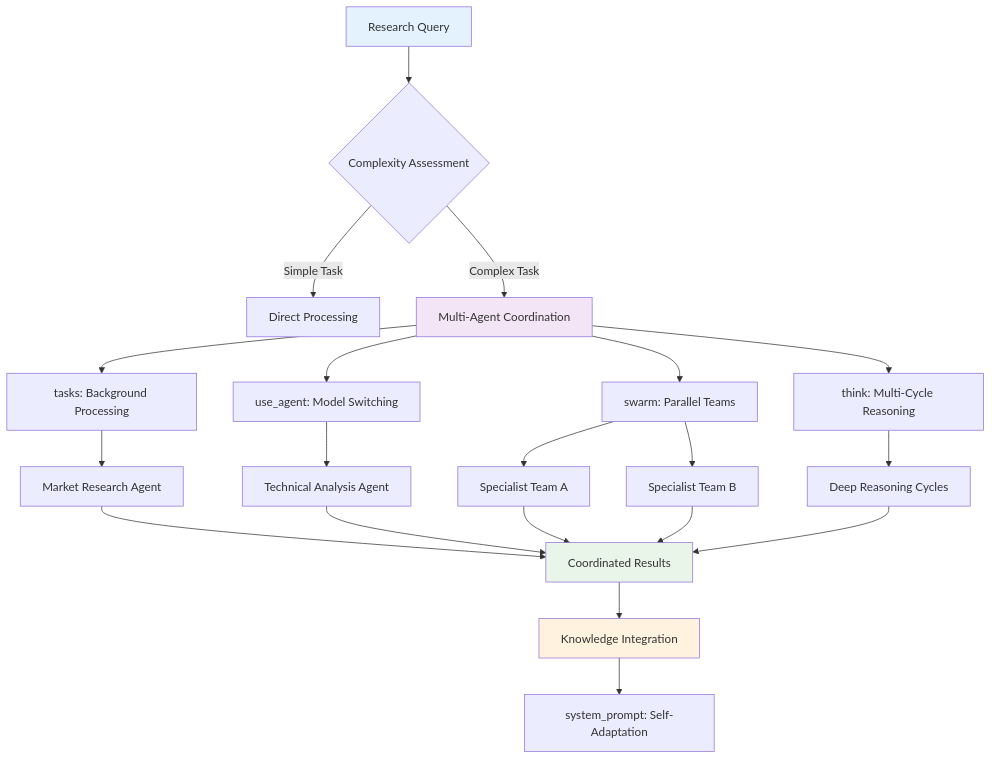
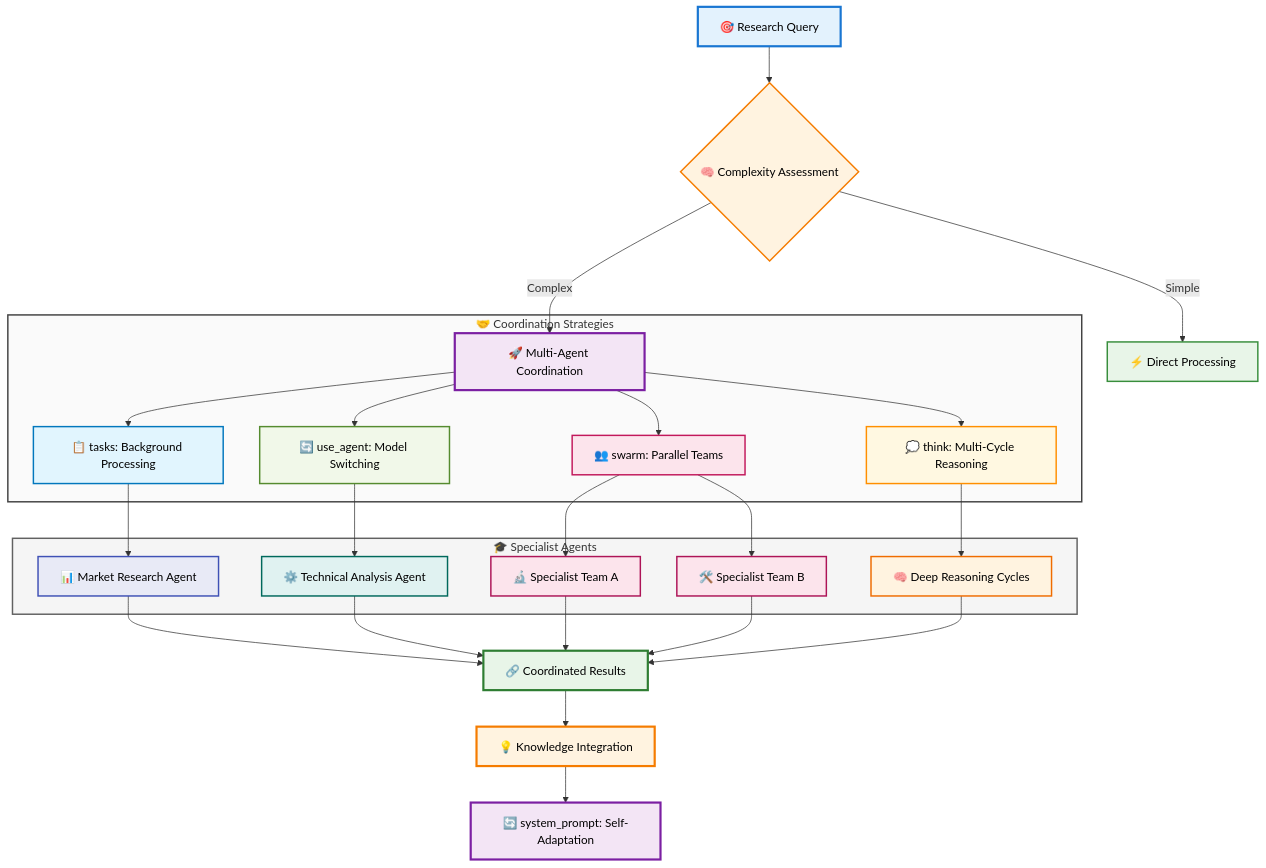
One commit to cagataycali/strands-research-agent changed the second of 7 diagrams in 02-samples/14-research-agent/README.md. Above: the diagram before and after it, drawn with Mermaid. The commit also changed other lines of this file, not shown here.

Commit message:
update readme for adding color coded mermaid diagrams

````diff
--- a/02-samples/14-research-agent/README.md
+++ b/02-samples/14-research-agent/README.md
@@ -142,32 +155,54 @@
 ```mermaid
 graph TD
-    A[Research Query] --> B{Complexity Assessment}
+    A["🎯 Research Query"] --> B{"🧠 Complexity Assessment"}
     
-    B -->|Simple Task| C[Direct Processing]
-    B -->|Complex Task| D[Multi-Agent Coordination]
+    B -->|"Simple"| C["⚡ Direct Processing"]
+    B -->|"Complex"| D["🚀 Multi-Agent Coordination"]
     
-    D --> E[tasks: Background Processing]
-    D --> F[use_agent: Model Switching]
-    D --> G[swarm: Parallel Teams]
-    D --> H[think: Multi-Cycle Reasoning]
+    subgraph COORDINATION["🤝 Coordination Strategies"]
+        D --> E["📋 tasks: Background Processing"]
+        D --> F["🔄 use_agent: Model Switching"]  
+        D --> G["👥 swarm: Parallel Teams"]
+        D --> H["💭 think: Multi-Cycle Reasoning"]
+    end
     
-    E --> I[Market Research Agent]
-    F --> J[Technical Analysis Agent]
-    G --> K[Specialist Team A]
-    G --> L[Specialist Team B]
-    H --> M[Deep Reasoning Cycles]
+    subgraph SPECIALISTS["🎓 Specialist Agents"]
+        E --> I["📊 Market Research Agent"]
+        F --> J["⚙️ Technical Analysis Agent"]
+        G --> K["🔬 Specialist Team A"]
+        G --> L["🛠️ Specialist Team B"]
+        H --> M["🧠 Deep Reasoning Cycles"]
+    end
     
-    I --> N[Coordinated Results]
+    I --> N["🔗 Coordinated Results"]
     J --> N
     K --> N
     L --> N
     M --> N
     
-    N --> O[Knowledge Integration]
-    O --> P[system_prompt: Self-Adaptation]
+    N --> O["💡 Knowledge Integration"]
+    O --> P["🔄 system_prompt: Self-Adaptation"]
     
-    style A fill:#e3f2fd
-    style D fill:#f3e5f5
-    style N fill:#e8f5e8
-    style O fill:#fff3e0
+    style A fill:#e3f2fd,stroke:#1976d2,stroke-width:3px,color:#000
+    style B fill:#fff3e0,stroke:#f57c00,stroke-width:2px,color:#000
+    style C fill:#e8f5e8,stroke:#388e3c,stroke-width:2px,color:#000
+    style D fill:#f3e5f5,stroke:#7b1fa2,stroke-width:3px,color:#000
+    
+    style E fill:#e1f5fe,stroke:#0277bd,stroke-width:2px,color:#000
+    style F fill:#f1f8e9,stroke:#558b2f,stroke-width:2px,color:#000
+    style G fill:#fce4ec,stroke:#c2185b,stroke-width:2px,color:#000
+    style H fill:#fff8e1,stroke:#ff8f00,stroke-width:2px,color:#000
+    
+    style I fill:#e8eaf6,stroke:#3f51b5,stroke-width:2px,color:#000
+    style J fill:#e0f2f1,stroke:#00695c,stroke-width:2px,color:#000
+    style K fill:#fce4ec,stroke:#ad1457,stroke-width:2px,color:#000
+    style L fill:#fce4ec,stroke:#ad1457,stroke-width:2px,color:#000
+    style M fill:#fff3e0,stroke:#ef6c00,stroke-width:2px,color:#000
+    
+    style N fill:#e8f5e8,stroke:#2e7d32,stroke-width:3px,color:#000
+    style O fill:#fff3e0,stroke:#f57c00,stroke-width:3px,color:#000
+    style P fill:#f3e5f5,stroke:#7b1fa2,stroke-width:3px,color:#000
+    
+    style COORDINATION fill:#fafafa,stroke:#424242,stroke-width:2px
+    style SPECIALISTS fill:#f5f5f5,stroke:#616161,stroke-width:2px
 ```
````
